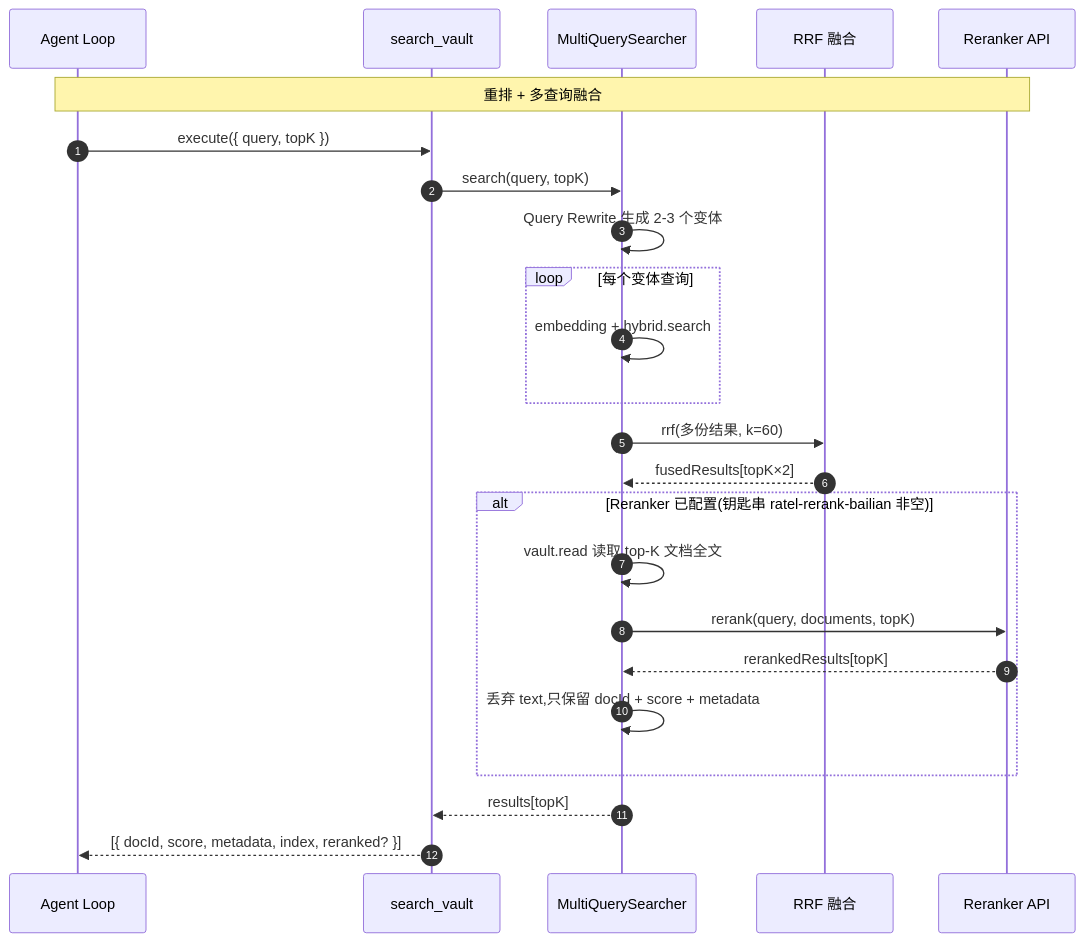
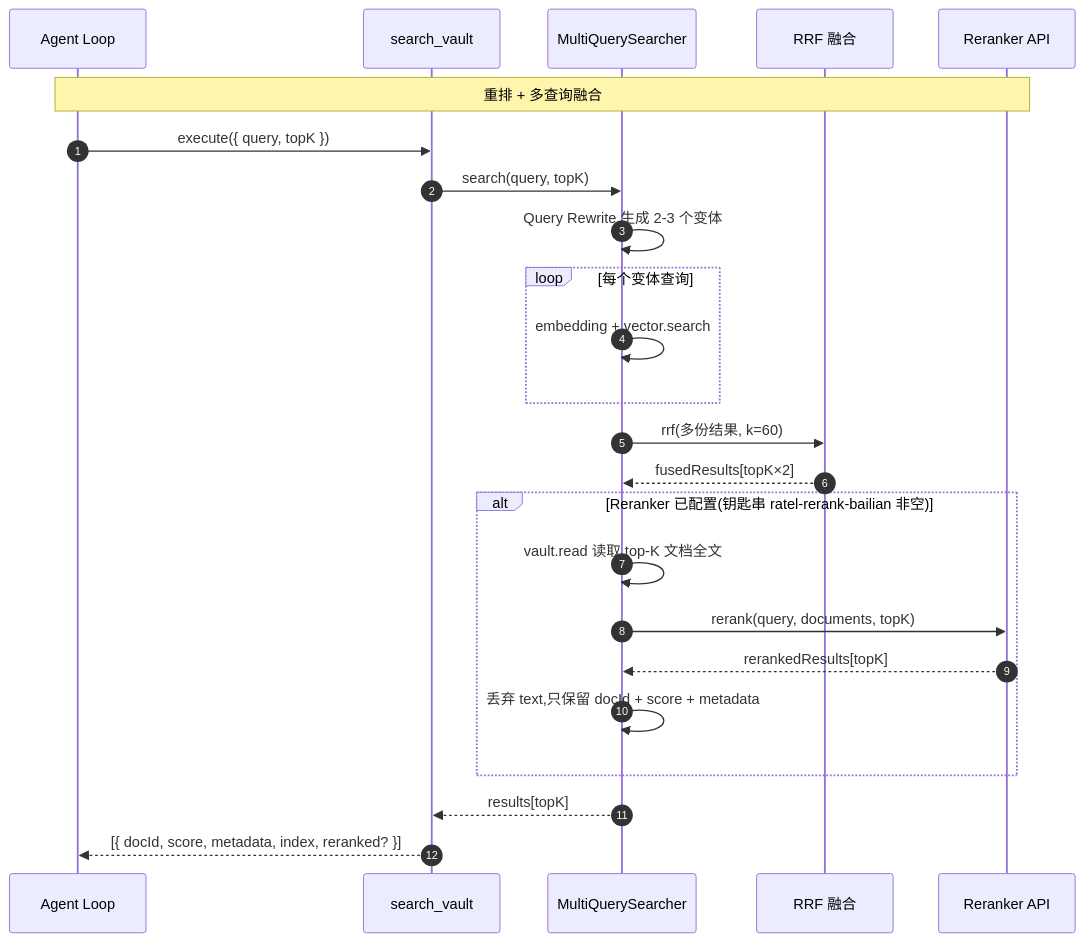
One commit to golddream-y/obsidian-ratel changed the second of 4 diagrams in docs/architecture/rag/retriever.md. Above: the diagram before and after it, drawn with Mermaid. The commit also changed other lines of this file and 10 other files, not shown here.

````diff
--- a/docs/architecture/rag/retriever.md
+++ b/docs/architecture/rag/retriever.md
@@ -150,31 +129,31 @@
 ```mermaid
 sequenceDiagram
     autonumber
     participant AL as Agent Loop
     participant SV as search_vault
     participant MQS as MultiQuerySearcher
     participant RRF as RRF 融合
     participant RR as Reranker API
 
     Note over AL,RR: 重排 + 多查询融合
 
     AL->>SV: execute({ query, topK })
     SV->>MQS: search(query, topK)
 
     MQS->>MQS: Query Rewrite 生成 2-3 个变体
     loop 每个变体查询
-        MQS->>MQS: embedding + hybrid.search
+        MQS->>MQS: embedding + vector.search
     end
     MQS->>RRF: rrf(多份结果, k=60)
     RRF-->>MQS: fusedResults[topK×2]
 
     alt Reranker 已配置(钥匙串 ratel-rerank-bailian 非空)
         MQS->>MQS: vault.read 读取 top-K 文档全文
         MQS->>RR: rerank(query, documents, topK)
         RR-->>MQS: rerankedResults[topK]
         MQS->>MQS: 丢弃 text,只保留 docId + score + metadata
     end
 
     MQS-->>SV: results[topK]
     SV-->>AL: [{ docId, score, metadata, index, reranked? }]
 ```
````
